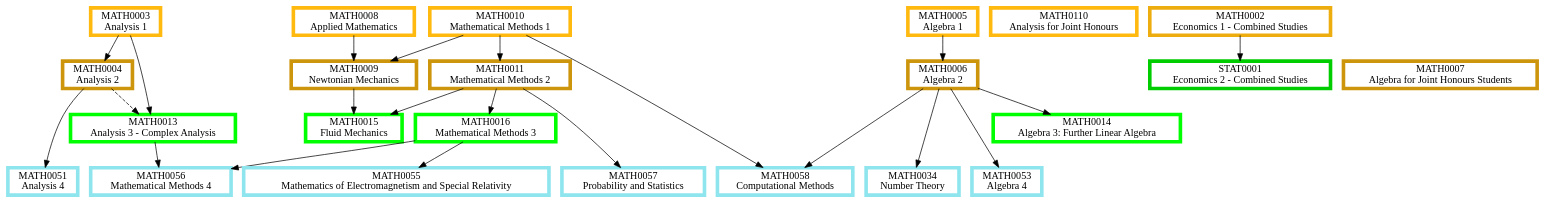
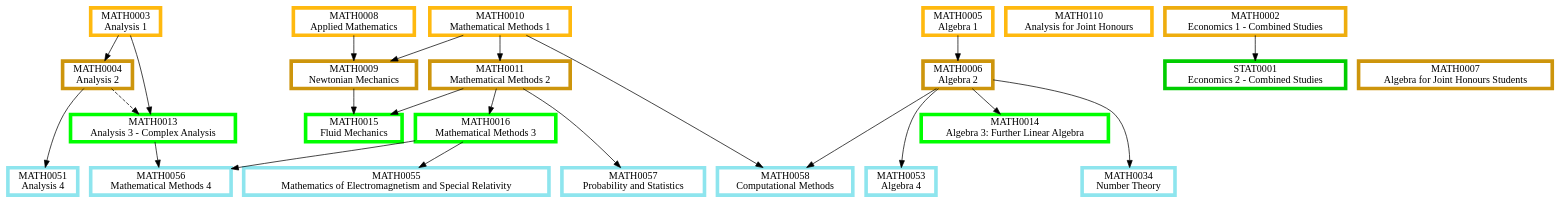
The diagram in First and Second Year.dot (matthew-towers/pathways), drawn with Graphviz before and after one commit. The commit also changed 12 other files, not shown here.

```diff
--- a/First and Second Year.dot
+++ b/First and Second Year.dot
@@ -1,88 +1,88 @@
 digraph {
 	node [fillcolor=white penwidth=5 shape=box style="filled,bold"]
 	subgraph "1.0 1" {
 		rank=same
-		MATH0003 [label="MATH0003
-Analysis 1" color=darkgoldenrod1 href="https://www.ucl.ac.uk/maths/sites/maths/files/math0003.pdf" tooltip="Year 1, term 1"]
+		MATH0008 [label="MATH0008
+Applied Mathematics" color=darkgoldenrod1 href="https://www.ucl.ac.uk/maths/sites/maths/files/math0008.pdf" tooltip="Year 1, term 1"]
 		MATH0010 [label="MATH0010
 Mathematical Methods 1" color=darkgoldenrod1 href="https://www.ucl.ac.uk/maths/sites/maths/files/math0010.pdf" tooltip="Year 1, term 1"]
 		MATH0110 [label="MATH0110
 Analysis for Joint Honours" color=darkgoldenrod1 href="https://www.ucl.ac.uk/maths/sites/maths/files/math0110_1.pdf" tooltip="Year 1, term 1"]
-		MATH0008 [label="MATH0008
-Applied Mathematics" color=darkgoldenrod1 href="https://www.ucl.ac.uk/maths/sites/maths/files/math0008.pdf" tooltip="Year 1, term 1"]
 		MATH0005 [label="MATH0005
 Algebra 1" color=darkgoldenrod1 href="https://www.ucl.ac.uk/maths/sites/maths/files/math0005.pdf" tooltip="Year 1, term 1"]
+		MATH0003 [label="MATH0003
+Analysis 1" color=darkgoldenrod1 href="https://www.ucl.ac.uk/maths/sites/maths/files/math0003.pdf" tooltip="Year 1, term 1"]
 	}
 	subgraph "1.0 1.5" {
 		rank=same
 		MATH0002 [label="MATH0002
 Economics 1 - Combined Studies" color=darkgoldenrod2 href="https://www.ucl.ac.uk/maths/sites/maths/files/math0002.pdf" tooltip="Year 1, term 1 and 2"]
 	}
+	MATH0005 -> MATH0006
 	MATH0010 -> MATH0011
-	MATH0003 -> MATH0004
 	MATH0008 -> MATH0009
 	MATH0010 -> MATH0009
-	MATH0005 -> MATH0006
+	MATH0003 -> MATH0004
 	subgraph "1.0 2" {
 		rank=same
+		MATH0006 [label="MATH0006
+Algebra 2" color=darkgoldenrod3 href="https://www.ucl.ac.uk/maths/sites/maths/files/math0006.pdf" tooltip="Year 1, term 2"]
 		MATH0011 [label="MATH0011
 Mathematical Methods 2" color=darkgoldenrod3 href="https://www.ucl.ac.uk/maths/sites/maths/files/math0011_2.pdf" tooltip="Year 1, term 2"]
+		MATH0009 [label="MATH0009
+Newtonian Mechanics" color=darkgoldenrod3 href="https://www.ucl.ac.uk/maths/sites/maths/files/math0009.pdf" tooltip="Year 1, term 2"]
 		MATH0004 [label="MATH0004
 Analysis 2" color=darkgoldenrod3 href="https://www.ucl.ac.uk/maths/sites/maths/files/math0004.pdf" tooltip="Year 1, term 2"]
 		MATH0007 [label="MATH0007
 Algebra for Joint Honours Students" color=darkgoldenrod3 href="https://www.ucl.ac.uk/maths/sites/maths/files/math0007.pdf" tooltip="Year 1, term 2"]
-		MATH0009 [label="MATH0009
-Newtonian Mechanics" color=darkgoldenrod3 href="https://www.ucl.ac.uk/maths/sites/maths/files/math0009.pdf" tooltip="Year 1, term 2"]
-		MATH0006 [label="MATH0006
-Algebra 2" color=darkgoldenrod3 href="https://www.ucl.ac.uk/maths/sites/maths/files/math0006.pdf" tooltip="Year 1, term 2"]
 	}
+	MATH0006 -> MATH0014
 	MATH0011 -> MATH0016
-	MATH0006 -> MATH0014
+	MATH0003 -> MATH0013
+	MATH0004 -> MATH0013 [style=dashed]
 	MATH0011 -> MATH0015
 	MATH0009 -> MATH0015
-	MATH0003 -> MATH0013
-	MATH0004 -> MATH0013 [style=dashed]
-	subgraph "2 1" {
+	subgraph "2.0 1" {
 		rank=same
+		MATH0014 [label="MATH0014
+Algebra 3: Further Linear Algebra" color=green1 href="https://www.ucl.ac.uk/maths/sites/maths/files/math0014.pdf" tooltip="Year 2, term 1"]
 		MATH0016 [label="MATH0016
 Mathematical Methods 3" color=green1 href="https://www.ucl.ac.uk/maths/sites/maths/files/math0016.pdf" tooltip="Year 2, term 1"]
-		MATH0014 [label="MATH0014
-Algebra 3: Further Linear Algebra" color=green1 href="https://www.ucl.ac.uk/maths/sites/maths/files/math0014.pdf" tooltip="Year 2, term 1"]
+		MATH0013 [label="MATH0013
+Analysis 3 - Complex Analysis" color=green1 href="https://www.ucl.ac.uk/maths/sites/maths/files/math0013.pdf" tooltip="Year 2, term 1"]
 		MATH0015 [label="MATH0015
 Fluid Mechanics" color=green1 href="https://www.ucl.ac.uk/maths/sites/maths/files/math0015.pdf" tooltip="Year 2, term 1"]
-		MATH0013 [label="MATH0013
-Analysis 3 - Complex Analysis" color=green1 href="https://www.ucl.ac.uk/maths/sites/maths/files/math0013.pdf" tooltip="Year 2, term 1"]
 	}
 	MATH0002 -> STAT0001
 	subgraph "2 1.5" {
 		rank=same
 		STAT0001 [label="STAT0001
 Economics 2 - Combined Studies" color=green3 href="https://www.ucl.ac.uk/maths/sites/maths/files/stat0001.pdf" tooltip="Year 2, term 1 and 2"]
 	}
+	MATH0006 -> MATH0053
+	MATH0016 -> MATH0055
 	MATH0004 -> MATH0051
-	MATH0006 -> MATH0034
-	MATH0006 -> MATH0053
+	MATH0011 -> MATH0057
 	MATH0013 -> MATH0056
 	MATH0016 -> MATH0056
-	MATH0011 -> MATH0057
 	MATH0010 -> MATH0058
 	MATH0006 -> MATH0058
-	MATH0016 -> MATH0055
+	MATH0006 -> MATH0034
 	subgraph "2.5 2" {
 		rank=same
+		MATH0053 [label="MATH0053
+Algebra 4" color=cadetblue2 href="https://www.ucl.ac.uk/maths/sites/maths/files/math0053.pdf" tooltip="Year 2 or 3, term 2"]
+		MATH0055 [label="MATH0055
+Mathematics of Electromagnetism and Special Relativity" color=cadetblue2 href="https://www.ucl.ac.uk/maths/sites/maths/files/math0055_3.pdf" tooltip="Year 2 or 3, term 2"]
 		MATH0051 [label="MATH0051
 Analysis 4" color=cadetblue2 href="https://www.ucl.ac.uk/maths/sites/maths/files/math0051.pdf" tooltip="Year 2 or 3, term 2"]
+		MATH0057 [label="MATH0057
+Probability and Statistics" color=cadetblue2 href="https://www.ucl.ac.uk/maths/sites/maths/files/math0057.pdf" tooltip="Year 2 or 3, term 2"]
+		MATH0056 [label="MATH0056
+Mathematical Methods 4" color=cadetblue2 href="https://www.ucl.ac.uk/maths/sites/maths/files/math0056.pdf" tooltip="Year 2 or 3, term 2"]
+		MATH0058 [label="MATH0058
+Computational Methods" color=cadetblue2 href="https://www.ucl.ac.uk/maths/sites/maths/files/math0058.pdf" tooltip="Year 2 or 3, term 2"]
 		MATH0034 [label="MATH0034
 Number Theory" color=cadetblue2 href="https://www.ucl.ac.uk/maths/sites/maths/files/math0034.pdf" tooltip="Year 2 or 3, term 2"]
-		MATH0053 [label="MATH0053
-Algebra 4" color=cadetblue2 href="https://www.ucl.ac.uk/maths/sites/maths/files/math0053.pdf" tooltip="Year 2 or 3, term 2"]
-		MATH0056 [label="MATH0056
-Mathematical Methods 4" color=cadetblue2 href="https://www.ucl.ac.uk/maths/sites/maths/files/math0056.pdf" tooltip="Year 2 or 3, term 2"]
-		MATH0057 [label="MATH0057
-Probability and Statistics" color=cadetblue2 href="https://www.ucl.ac.uk/maths/sites/maths/files/math0057.pdf" tooltip="Year 2 or 3, term 2"]
-		MATH0058 [label="MATH0058
-Computational Methods" color=cadetblue2 href="https://www.ucl.ac.uk/maths/sites/maths/files/math0058.pdf" tooltip="Year 2 or 3, term 2"]
-		MATH0055 [label="MATH0055
-Mathematics of Electromagnetism and Special Relativity" color=cadetblue2 href="https://www.ucl.ac.uk/maths/sites/maths/files/math0055_3.pdf" tooltip="Year 2 or 3, term 2"]
 	}
 }
```
